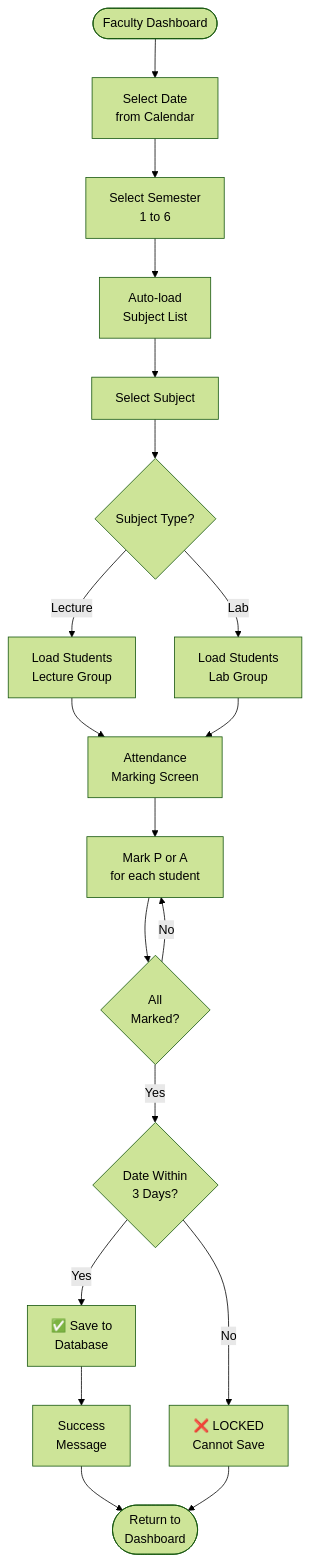
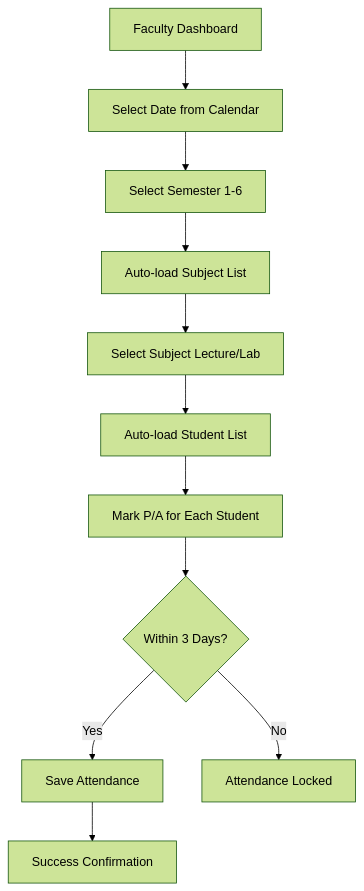
The second of 3 diagrams in README.md (Prajapatidixitkumar/prajapatidixitkumar.github.io), drawn with Mermaid (forest theme) before and after one commit. The commit also changed other lines of this file, not shown here.

````diff
--- a/README.md
+++ b/README.md
@@ -581,21 +307,13 @@
 ```mermaid
-flowchart TD
-    Start([Faculty Dashboard]) --> SelectDate[Select Date<br/>from Calendar]
-    SelectDate --> SelectSem[Select Semester<br/>1 to 6]
-    SelectSem --> LoadSub[Auto-load<br/>Subject List]
-    LoadSub --> ChooseSub[Select Subject]
-    ChooseSub --> Type{Subject Type?}
-    Type -->|Lecture| LoadLec[Load Students<br/>Lecture Group]
-    Type -->|Lab| LoadLab[Load Students<br/>Lab Group]
-    LoadLec --> MarkScreen[Attendance<br/>Marking Screen]
-    LoadLab --> MarkScreen
-    MarkScreen --> Mark[Mark P or A<br/>for each student]
-    Mark --> AllDone{All<br/>Marked?}
-    AllDone -->|No| Mark
-    AllDone -->|Yes| CheckDate{Date Within<br/>3 Days?}
-    CheckDate -->|No| Locked[❌ LOCKED<br/>Cannot Save]
-    CheckDate -->|Yes| Save[✅ Save to<br/>Database]
-    Save --> Success[Success<br/>Message]
-    Success --> End([Return to<br/>Dashboard])
-    Locked --> End
+graph TD
+    A[Faculty Dashboard] --> B[Select Date from Calendar]
+    B --> C[Select Semester 1-6]
+    C --> D[Auto-load Subject List]
+    D --> E[Select Subject Lecture/Lab]
+    E --> F[Auto-load Student List]
+    F --> G[Mark P/A for Each Student]
+    G --> H{Within 3 Days?}
+    H -->|Yes| I[Save Attendance]
+    H -->|No| J[Attendance Locked]
+    I --> K[Success Confirmation]
 ```
````
